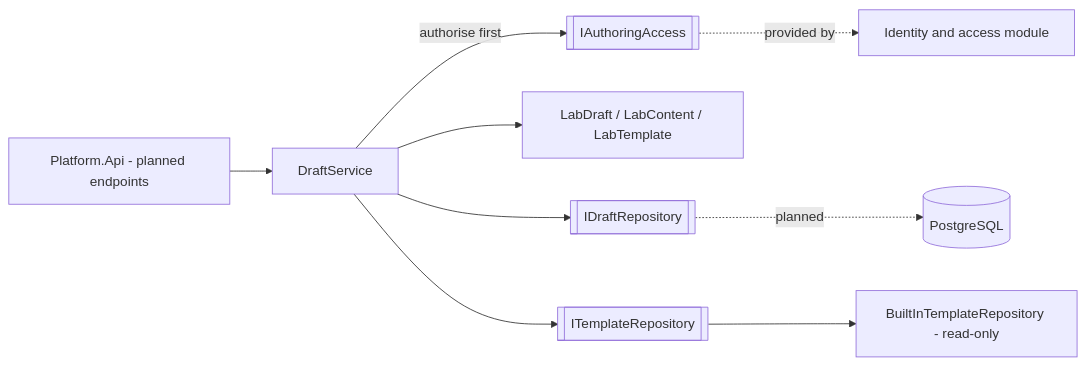
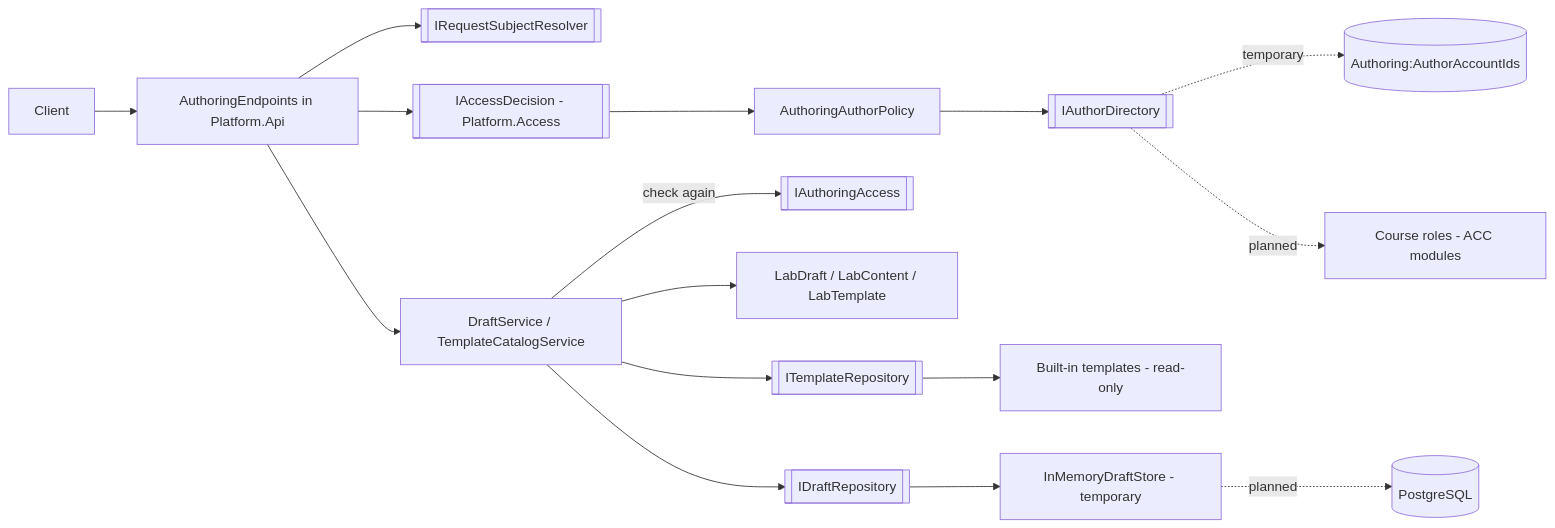
The first of 2 diagrams in docs/components/AUT-authoring.md (Kikiriki007/security-lab), drawn with Mermaid before and after one commit. The commit also changed other lines of this file and 39 other files, not shown here.

Commit message:
feat(authoring): add template list and copy-to-draft endpoints (AUT-06) (#81)

````diff
--- a/docs/components/AUT-authoring.md
+++ b/docs/components/AUT-authoring.md
@@ -25,11 +36,18 @@
 ```mermaid
 flowchart LR
-  API[Platform.Api - planned endpoints] --> SVC[DraftService]
-  SVC -->|authorise first| ACC[[IAuthoringAccess]]
+  C[Client] --> EP[AuthoringEndpoints in Platform.Api]
+  EP --> RES[[IRequestSubjectResolver]]
+  EP --> ACC[[IAccessDecision - Platform.Access]]
+  ACC --> POL[AuthoringAuthorPolicy]
+  POL --> DIR[[IAuthorDirectory]]
+  DIR -. temporary .-> CFG[(Authoring:AuthorAccountIds)]
+  DIR -. planned .-> ROLES[Course roles - ACC modules]
+  EP --> SVC[DraftService / TemplateCatalogService]
+  SVC -->|check again| AAC[[IAuthoringAccess]]
   SVC --> DOM[LabDraft / LabContent / LabTemplate]
+  SVC --> TR[[ITemplateRepository]]
+  TR --> BT[Built-in templates - read-only]
   SVC --> DR[[IDraftRepository]]
-  SVC --> TR[[ITemplateRepository]]
-  TR --> BT[BuiltInTemplateRepository - read-only]
-  DR -. planned .-> DB[(PostgreSQL)]
-  ACC -. provided by .-> ID[Identity and access module]
+  DR --> MEM[InMemoryDraftStore - temporary]
+  MEM -. planned .-> DB[(PostgreSQL)]
 ```
````
